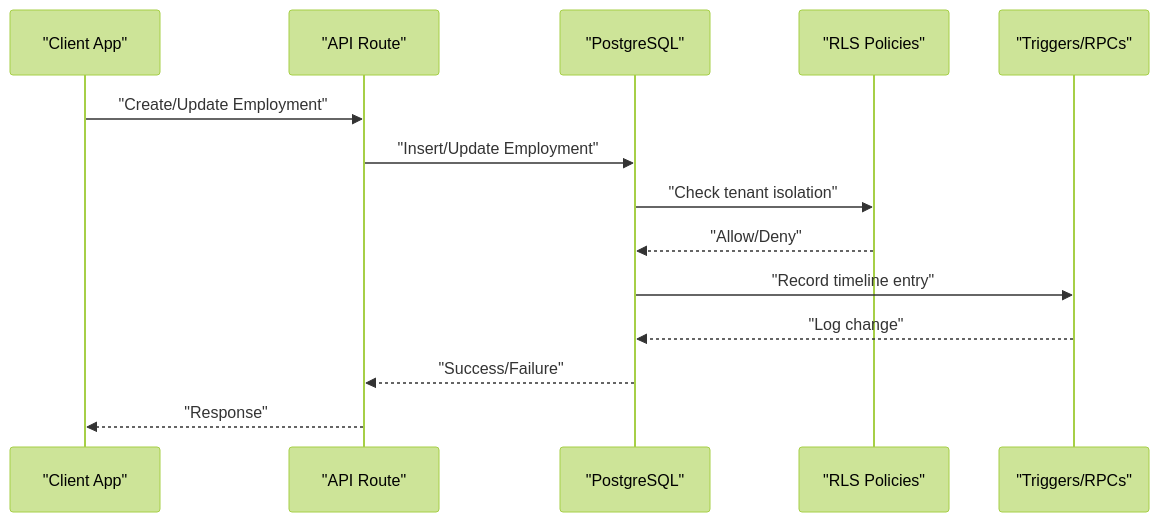
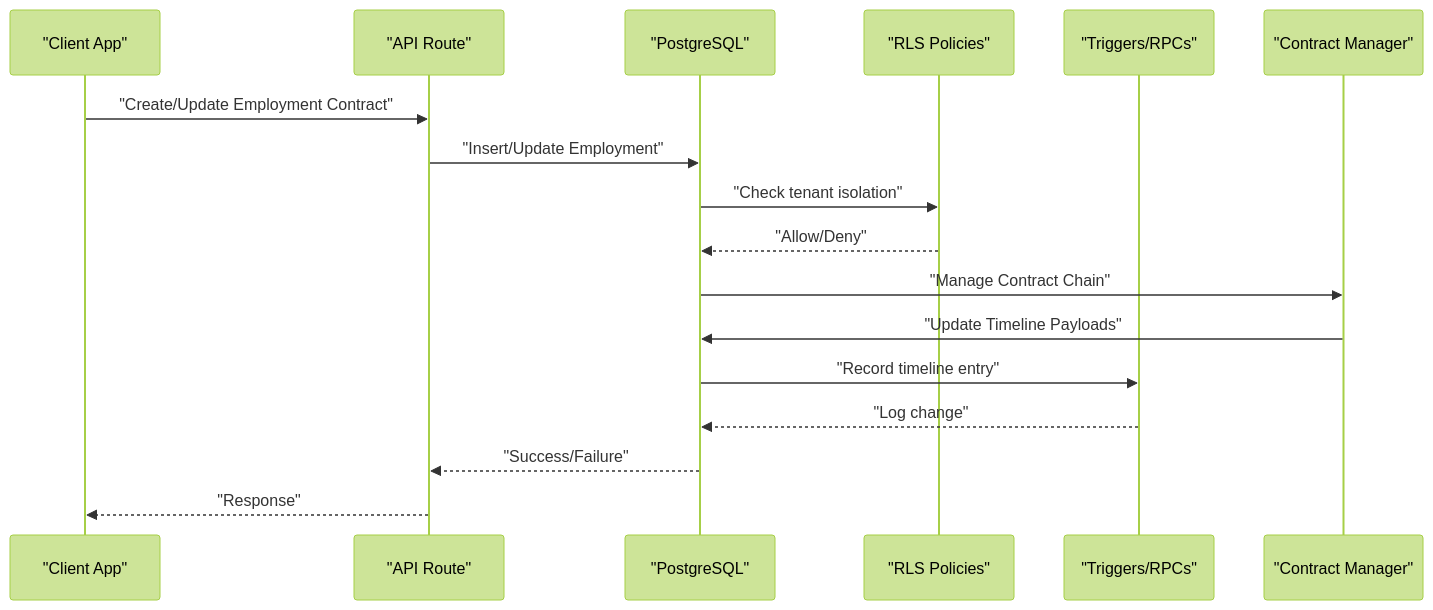
Before and after one commit to EdwinCycling/LiquidHR: the fourth of 9 diagrams in .qoder/repowiki/en/content/Technical Implementation/Database Design/Database Design.md, drawn with Mermaid (forest theme). The commit also changed other lines of this file and 73 other files, not shown here.

````diff
--- a/.qoder/repowiki/en/content/Technical Implementation/Database Design/Database Design.md
+++ b/.qoder/repowiki/en/content/Technical Implementation/Database Design/Database Design.md
@@ -284,16 +330,19 @@
 ```mermaid
 sequenceDiagram
 participant Client as "Client App"
 participant API as "API Route"
 participant DB as "PostgreSQL"
 participant Policy as "RLS Policies"
 participant Trigger as "Triggers/RPCs"
-Client->>API : "Create/Update Employment"
+participant Contract as "Contract Manager"
+Client->>API : "Create/Update Employment Contract"
 API->>DB : "Insert/Update Employment"
 DB->>Policy : "Check tenant isolation"
 Policy-->>DB : "Allow/Deny"
+DB->>Contract : "Manage Contract Chain"
+Contract->>DB : "Update Timeline Payloads"
 DB->>Trigger : "Record timeline entry"
 Trigger-->>DB : "Log change"
 DB-->>API : "Success/Failure"
 API-->>Client : "Response"
 ```
````
